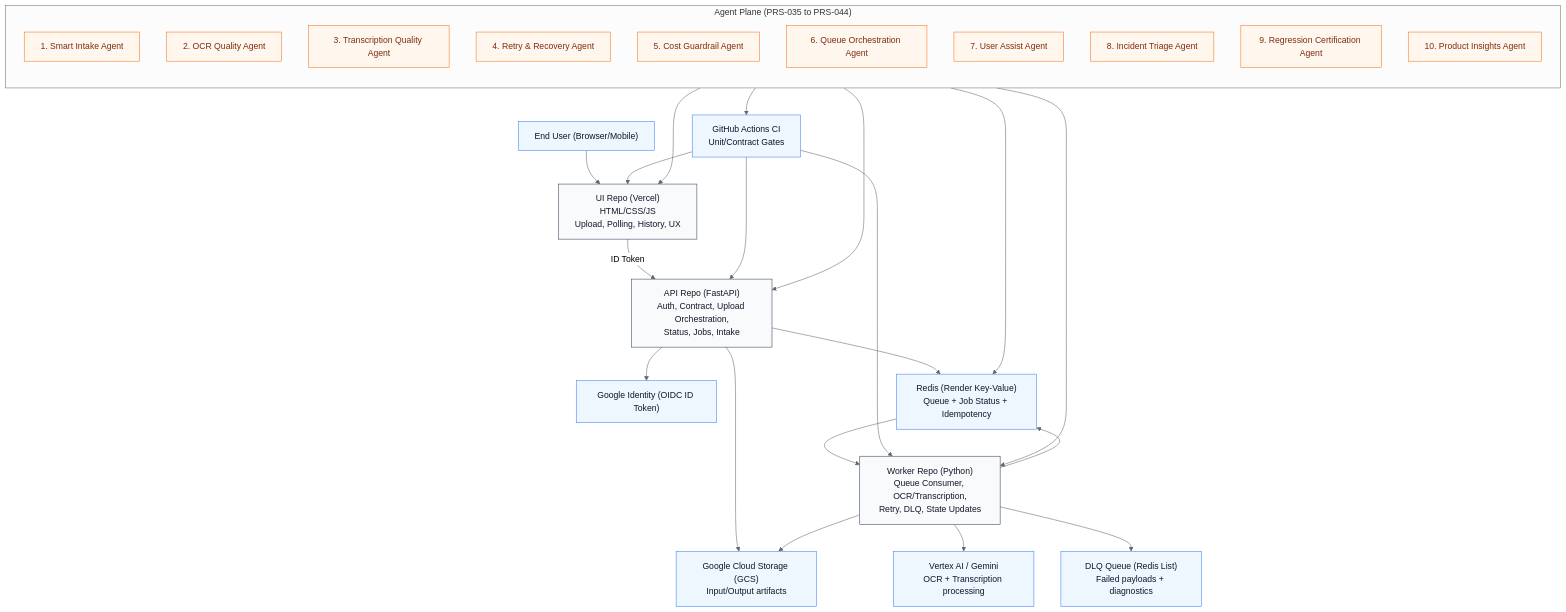
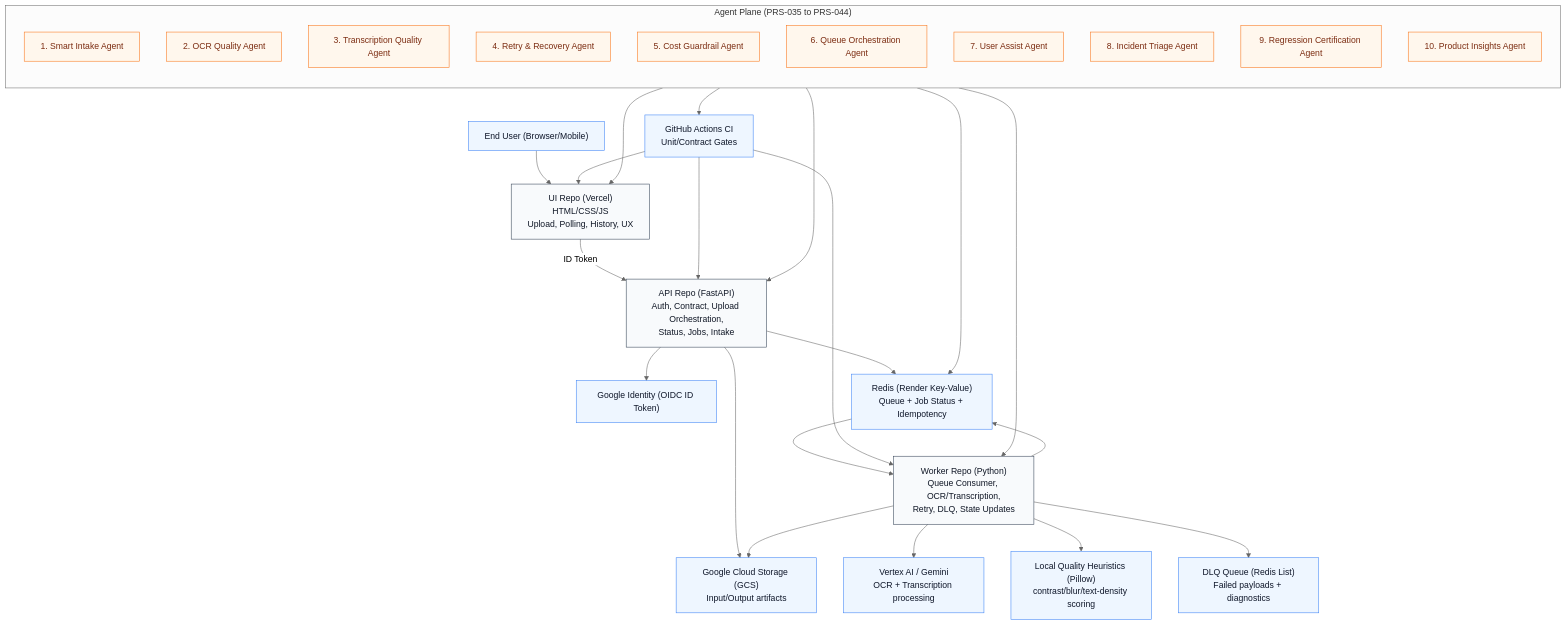
One commit to arpit-jain-mygit/doc-transcribe-ui changed the first of 3 diagrams in LINKEDIN_ARTICLE_DRAFT.md. Above: the diagram before and after it, drawn with Mermaid (neutral theme). The commit also changed other lines of this file and 11 other files, not shown here.

````diff
--- a/LINKEDIN_ARTICLE_DRAFT.md
+++ b/LINKEDIN_ARTICLE_DRAFT.md
@@ -59,51 +59,53 @@
 ```mermaid
 flowchart TB
   classDef ext fill:#eef6ff,stroke:#3b82f6,color:#0f172a,stroke-width:1px;
   classDef repo fill:#f8fafc,stroke:#334155,color:#111827,stroke-width:1px;
   classDef agent fill:#fff7ed,stroke:#f97316,color:#7c2d12,stroke-width:1px;
 
   U["End User (Browser/Mobile)"]:::ext
   GID["Google Identity (OIDC ID Token)"]:::ext
   UI["UI Repo (Vercel)\nHTML/CSS/JS\nUpload, Polling, History, UX"]:::repo
   API["API Repo (FastAPI)\nAuth, Contract, Upload Orchestration,\nStatus, Jobs, Intake"]:::repo
   R["Redis (Render Key-Value)\nQueue + Job Status + Idempotency"]:::ext
   W["Worker Repo (Python)\nQueue Consumer, OCR/Transcription,\nRetry, DLQ, State Updates"]:::repo
   GCS["Google Cloud Storage (GCS)\nInput/Output artifacts"]:::ext
   VX["Vertex AI / Gemini\nOCR + Transcription processing"]:::ext
+  PIL["Local Quality Heuristics (Pillow)\ncontrast/blur/text-density scoring"]:::ext
   DLQ["DLQ Queue (Redis List)\nFailed payloads + diagnostics"]:::ext
   GH["GitHub Actions CI\nUnit/Contract Gates"]:::ext
 
   U --> UI
   UI -->|ID Token| API
   API --> GID
   API --> R
   R --> W
   W --> R
   API --> GCS
   W --> GCS
   W --> VX
+  W --> PIL
   W --> DLQ
   GH --> UI
   GH --> API
   GH --> W
 
   subgraph AG["Agent Plane (PRS-035 to PRS-044)"]
     direction TB
     A1["1. Smart Intake Agent"]:::agent
     A2["2. OCR Quality Agent"]:::agent
     A3["3. Transcription Quality Agent"]:::agent
     A4["4. Retry & Recovery Agent"]:::agent
     A5["5. Cost Guardrail Agent"]:::agent
     A6["6. Queue Orchestration Agent"]:::agent
     A7["7. User Assist Agent"]:::agent
     A8["8. Incident Triage Agent"]:::agent
     A9["9. Regression Certification Agent"]:::agent
     A10["10. Product Insights Agent"]:::agent
   end
 
   AG --> UI
   AG --> API
   AG --> W
   AG --> R
   AG --> GH
 ```
````
